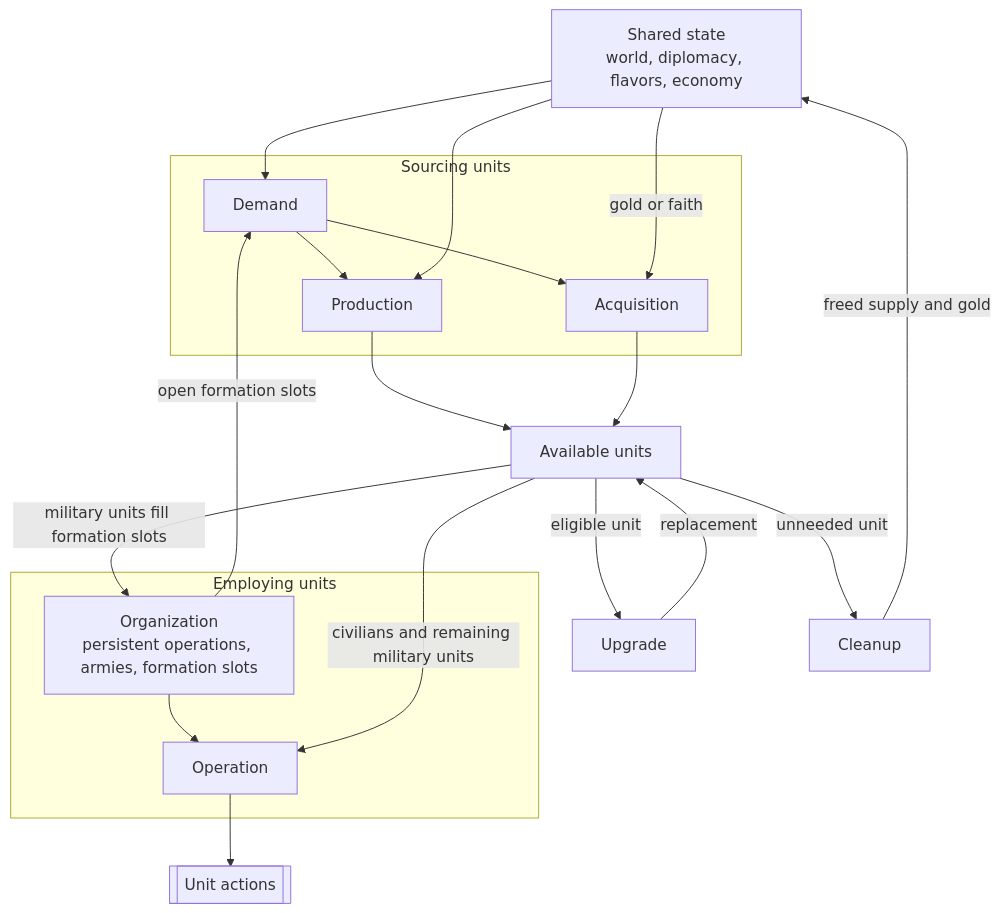
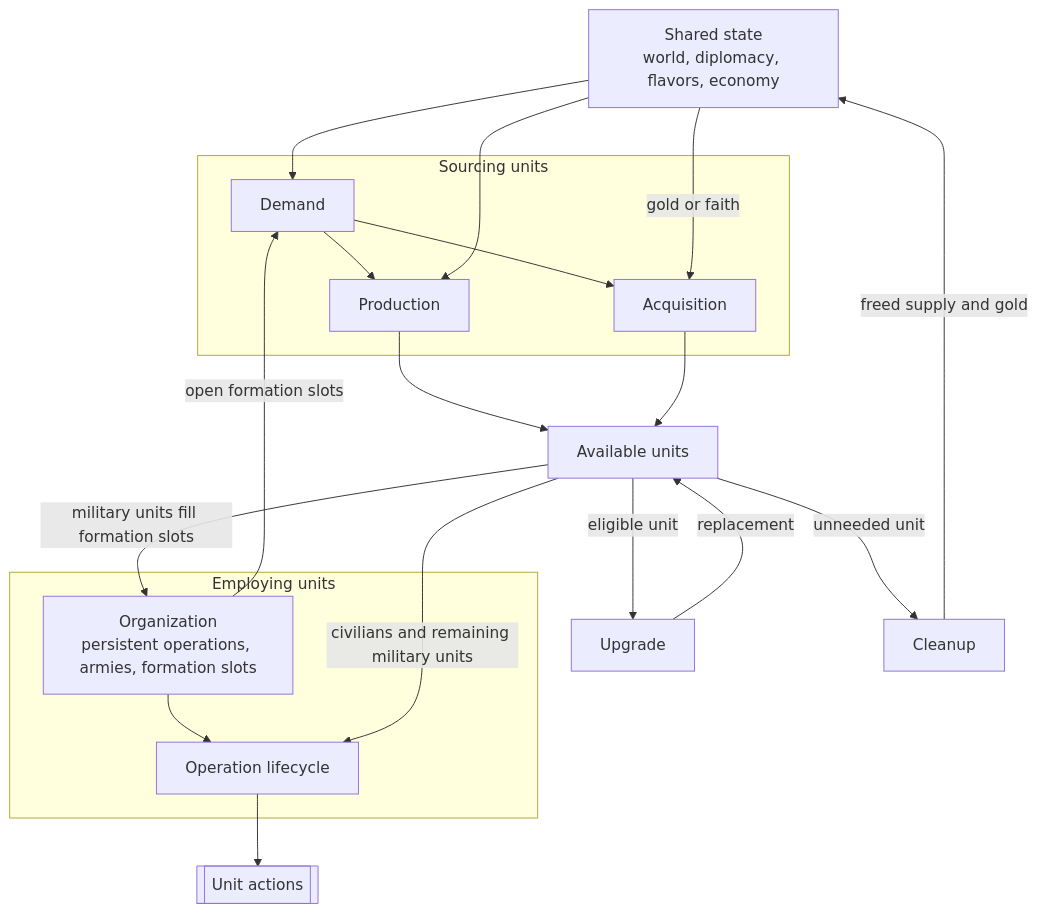
Before and after one commit to vox-deorum/vox-deorum: the diagram in docs/developers/civ5-dll/unit-ai/overview.md, drawn with Mermaid. The commit also changed other lines of this file and 14 other files, not shown here.

````diff
--- a/docs/developers/civ5-dll/unit-ai/overview.md
+++ b/docs/developers/civ5-dll/unit-ai/overview.md
@@ -25,27 +33,27 @@
 ```mermaid
 flowchart TD
     S[Shared state<br/>world, diplomacy, flavors, economy]
 
     subgraph Sourcing[Sourcing units]
         D[Demand] --> P[Production]
         D --> A[Acquisition]
     end
 
     subgraph Employing[Employing units]
-        O[Organization<br/>persistent operations, armies, formation slots] --> R[Operation]
+        O[Organization<br/>persistent operations, armies, formation slots] --> R[Operation lifecycle]
     end
 
     S --> D
     S --> P
     S -->|gold or faith| A
     P --> V[Available units]
     A --> V
     V -->|military units fill formation slots| O
     V -->|civilians and remaining military units| R
     O -->|open formation slots| D
     R --> X[[Unit actions]]
     V -->|eligible unit| U[Upgrade]
     U -->|replacement| V
     V -->|unneeded unit| C[Cleanup]
     C -->|freed supply and gold| S
 ```
````
